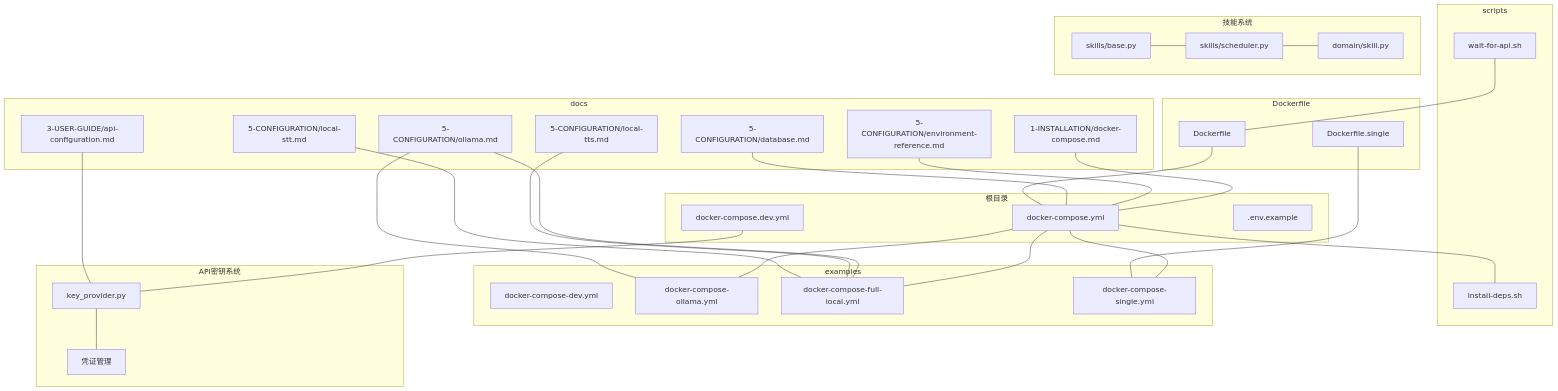
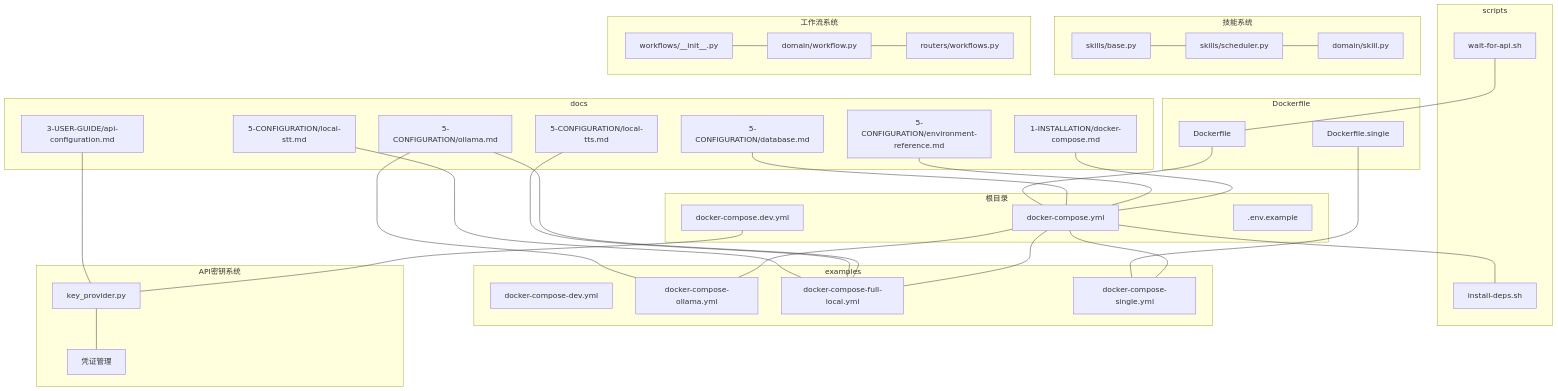
The first of 6 diagrams in .qoder/repowiki/zh/content/安装与部署/Docker Compose 部署.md (jackeyunjie/open-notebook), drawn with Mermaid before and after one commit. The commit also changed other lines of this file and 89 other files, not shown here.

````diff
--- a/.qoder/repowiki/zh/content/安装与部署/Docker Compose 部署.md
+++ b/.qoder/repowiki/zh/content/安装与部署/Docker Compose 部署.md
@@ -71,59 +75,66 @@
 ```mermaid
 graph TB
 subgraph "根目录"
 R1["docker-compose.yml"]
 R2["docker-compose.dev.yml"]
 R3[".env.example"]
 end
 subgraph "scripts"
 S1["wait-for-api.sh"]
 S2["install-deps.sh"]
 end
 subgraph "examples"
 E1["docker-compose-dev.yml"]
 E2["docker-compose-ollama.yml"]
 E3["docker-compose-full-local.yml"]
 E4["docker-compose-single.yml"]
 end
 subgraph "docs"
 D1["1-INSTALLATION/docker-compose.md"]
 D2["3-USER-GUIDE/api-configuration.md"]
 D3["5-CONFIGURATION/environment-reference.md"]
 D4["5-CONFIGURATION/database.md"]
 D5["5-CONFIGURATION/ollama.md"]
 D6["5-CONFIGURATION/local-tts.md"]
 D7["5-CONFIGURATION/local-stt.md"]
 end
 subgraph "Dockerfile"
 F1["Dockerfile"]
 F2["Dockerfile.single"]
 end
 subgraph "API密钥系统"
 K1["key_provider.py"]
 K2["凭证管理"]
 end
 subgraph "技能系统"
 SK1["skills/base.py"]
 SK2["skills/scheduler.py"]
 SK3["domain/skill.py"]
 end
+subgraph "工作流系统"
+WF1["workflows/__init__.py"]
+WF2["domain/workflow.py"]
+WF3["routers/workflows.py"]
+end
 R1 --- S2
 R2 --- K1
 R1 --- E2
 R1 --- E3
 R1 --- E4
 D1 --- R1
 D2 --- K1
 D3 --- R1
 D4 --- R1
 D5 --- E2
 D5 --- E3
 D6 --- E3
 D7 --- E3
 S1 --- F1
 F1 --- R1
 F2 --- E4
 K1 --- K2
 SK1 --- SK2
 SK2 --- SK3
+WF1 --- WF2
+WF2 --- WF3
 ```
````
